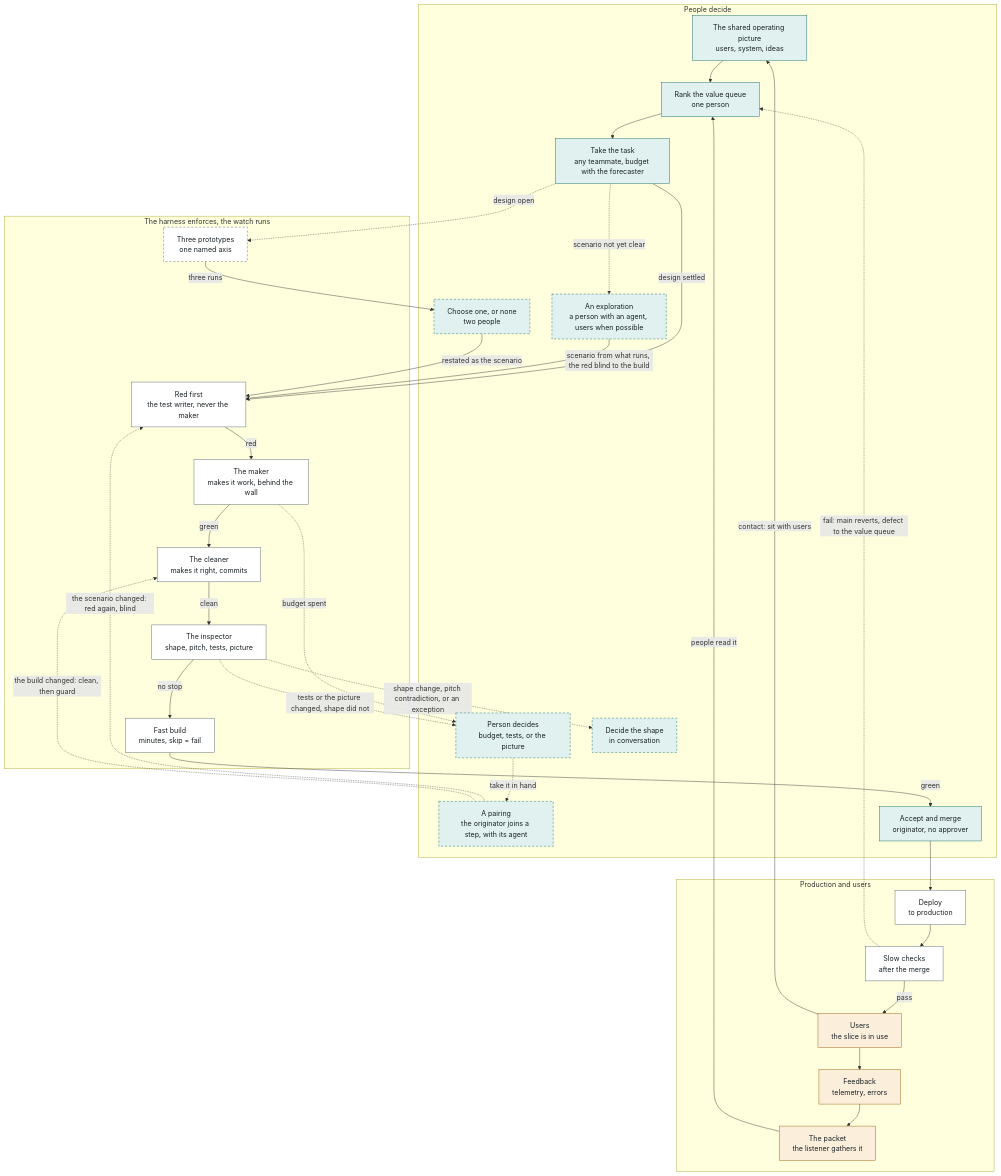
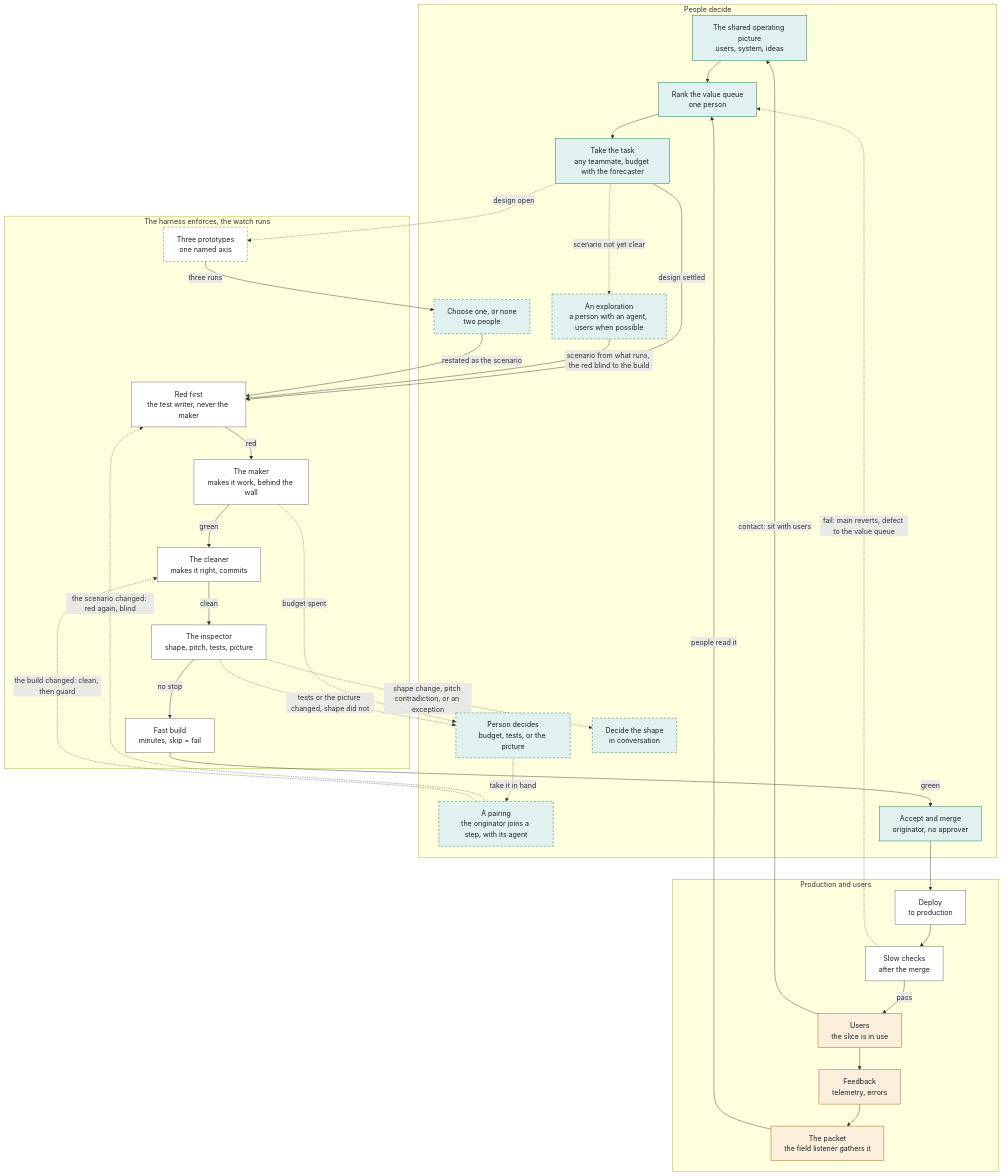
The diagram in loop.md (seanpk/xtremevibing.com), drawn with Mermaid before and after one commit. The commit also changed other lines of this file and 3 other files, not shown here.

````diff
--- a/loop.md
+++ b/loop.md
@@ -56,66 +56,66 @@
 ```mermaid
 flowchart TB
   subgraph People["People decide"]
     picture["The shared operating picture<br/>users, system, ideas"]
     rank["Rank the value queue<br/>one person"]
     take["Take the task<br/>any teammate, budget with the forecaster"]
     explore["An exploration<br/>a person with an agent, users when possible"]
     choose["Choose one, or none<br/>two people"]
     decide["Person decides<br/>budget, tests, or the picture"]
     pairing["A pairing<br/>the originator joins a step, with its agent"]
     shape["Decide the shape<br/>in conversation"]
     merge["Accept and merge<br/>originator, no approver"]
   end
 
   subgraph Harness["The harness enforces, the watch runs"]
     protos["Three prototypes<br/>one named axis"]
     red["Red first<br/>the test writer, never the maker"]
     maker["The maker<br/>makes it work, behind the wall"]
     cleaner["The cleaner<br/>makes it right, commits"]
     inspector["The inspector<br/>shape, pitch, tests, picture"]
     build["Fast build<br/>minutes, skip = fail"]
   end
 
   subgraph Use["Production and users"]
     deploy["Deploy<br/>to production"]
     slow["Slow checks<br/>after the merge"]
     users["Users<br/>the slice is in use"]
     feedback["Feedback<br/>telemetry, errors"]
-    packet["The packet<br/>the listener gathers it"]
+    packet["The packet<br/>the field listener gathers it"]
   end
 
   picture --> rank --> take
   take -- "design settled" --> red
   take -. "design open" .-> protos
   take -. "scenario not yet clear" .-> explore
   explore -- "scenario from what runs, the red blind to the build" --> red
   protos -- "three runs" --> choose
   choose -- "restated as the scenario" --> red
   red -- "red" --> maker
   maker -- "green" --> cleaner
   cleaner -- "clean" --> inspector
   inspector -- "no stop" --> build
   build -- "green" --> merge
   merge --> deploy --> slow
   slow -- "pass" --> users
   slow -. "fail: main reverts, defect to the value queue" .-> rank
   users --> feedback
   feedback --> packet
   packet -- "people read it" --> rank
   users -- "contact: sit with users" --> picture
   maker -. "budget spent" .-> decide
   inspector -. "tests or the picture changed, shape did not" .-> decide
   inspector -. "shape change, pitch contradiction, or an exception" .-> shape
   decide -. "take it in hand" .-> pairing
   pairing -. "the scenario changed: red again, blind" .-> red
   pairing -. "the build changed: clean, then guard" .-> cleaner
 
   classDef people fill:#e0f1ef,stroke:#0d6a66,color:#1a2126
   classDef harness fill:#ffffff,stroke:#56626b,color:#1a2126
   classDef use fill:#fbefdc,stroke:#9a5a00,color:#1a2126
   classDef cond stroke-dasharray:5 4
   class picture,rank,take,explore,choose,decide,pairing,shape,merge people
   class protos,red,maker,cleaner,inspector,build,deploy,slow harness
   class users,feedback,packet use
   class choose,decide,pairing,shape,protos,explore cond
 ```
````
